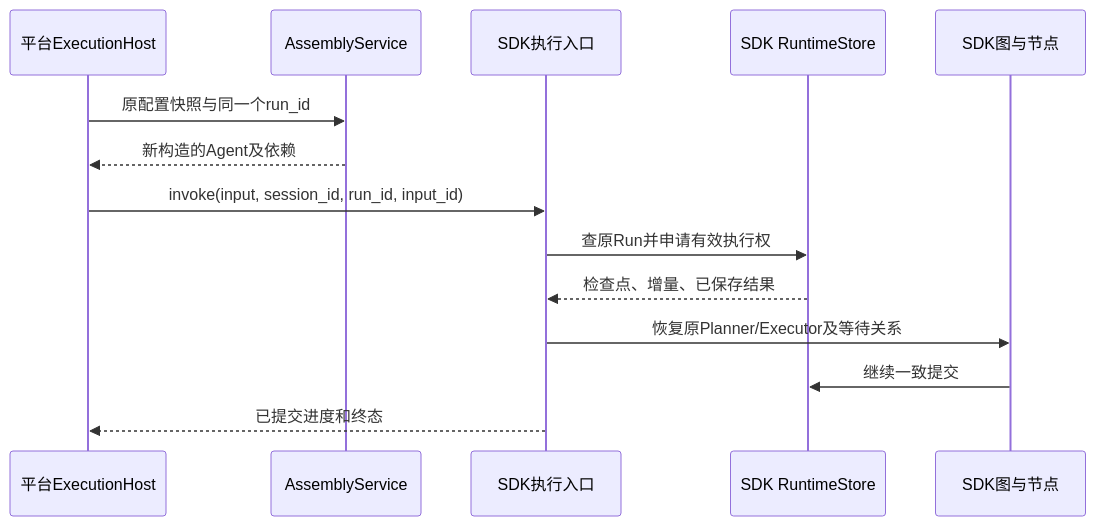
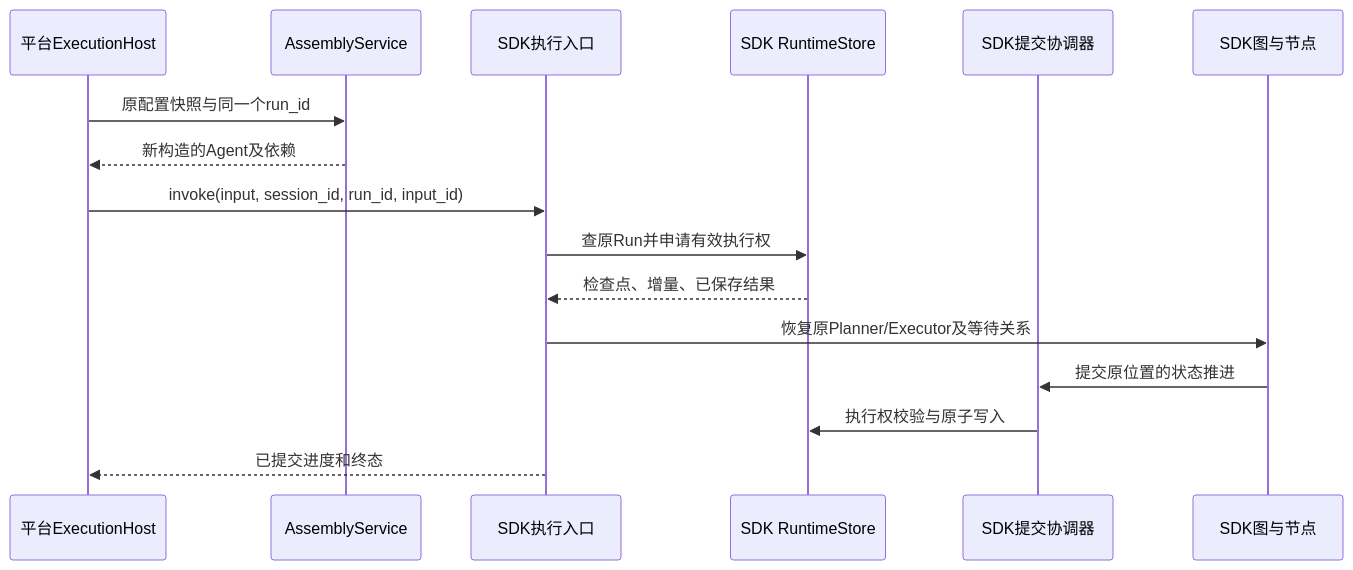
The diagram in docs/platform/sdk-integration.md (dujian0068/agent-loom), drawn with Mermaid before and after one commit. The commit also changed other lines of this file and 22 other files, not shown here.

````diff
--- a/docs/platform/sdk-integration.md
+++ b/docs/platform/sdk-integration.md
@@ -37,16 +37,18 @@
 ```mermaid
 sequenceDiagram
     participant H as 平台ExecutionHost
     participant A as AssemblyService
     participant S as SDK执行入口
     participant C as SDK RuntimeStore
+    participant K as SDK提交协调器
     participant E as SDK图与节点
     H->>A: 原配置快照与同一个run_id
     A-->>H: 新构造的Agent及依赖
     H->>S: invoke(input, session_id, run_id, input_id)
     S->>C: 查原Run并申请有效执行权
     C-->>S: 检查点、增量、已保存结果
     S->>E: 恢复原Planner/Executor及等待关系
-    E->>C: 继续一致提交
+    E->>K: 提交原位置的状态推进
+    K->>C: 执行权校验与原子写入
     S-->>H: 已提交进度和终态
 ```
````
